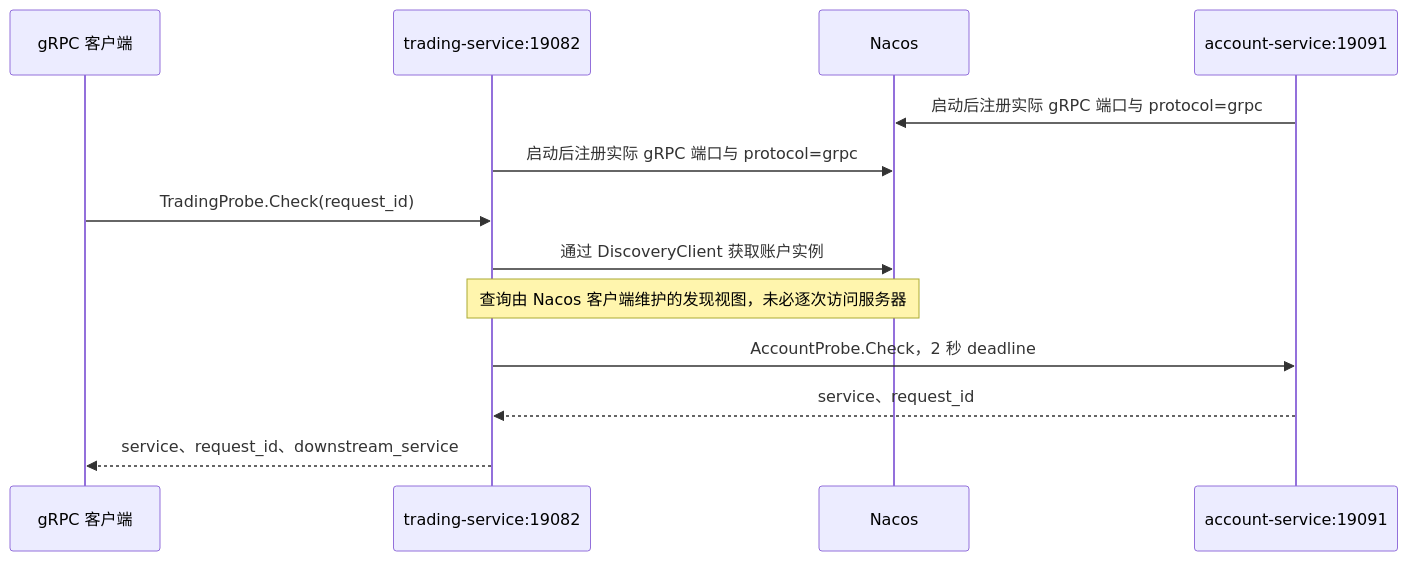
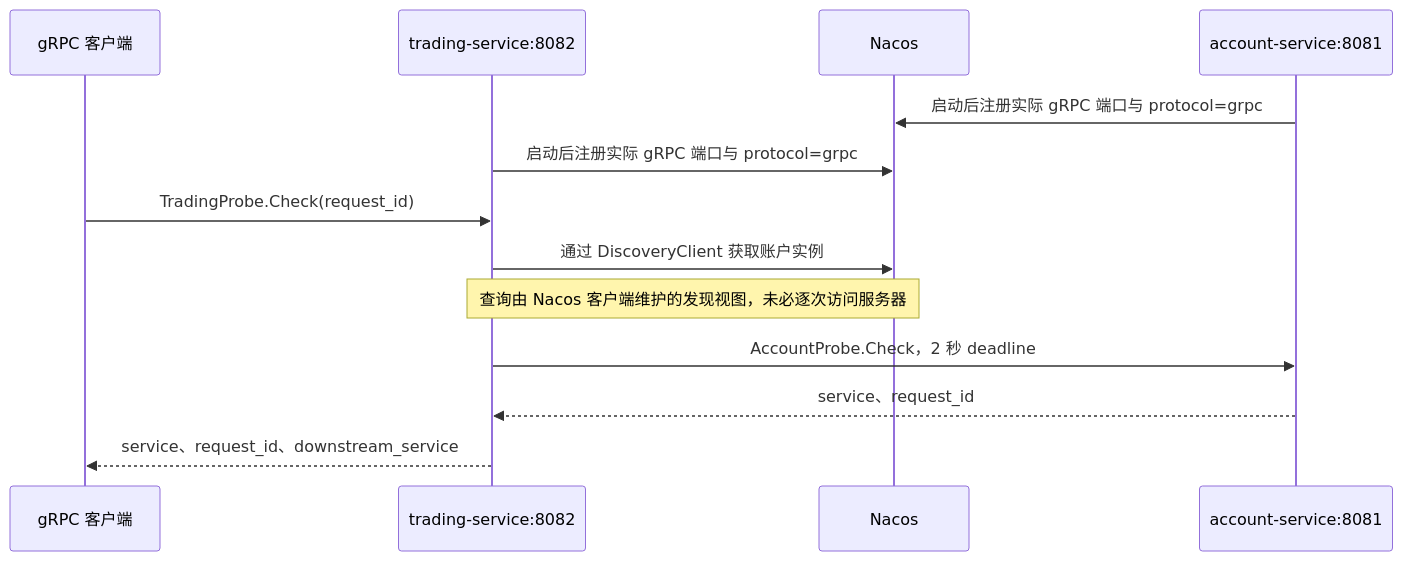
Before and after one commit to MARETU01/ledger-core: the diagram in docs/architecture.md, drawn with Mermaid. The commit also changed other lines of this file and 5 other files, not shown here.

````diff
--- a/docs/architecture.md
+++ b/docs/architecture.md
@@ -19,15 +21,15 @@
 ```mermaid
 sequenceDiagram
     participant C as gRPC 客户端
-    participant T as trading-service:19082
+    participant T as trading-service:8082
     participant N as Nacos
-    participant A as account-service:19091
+    participant A as account-service:8081
     A->>N: 启动后注册实际 gRPC 端口与 protocol=grpc
     T->>N: 启动后注册实际 gRPC 端口与 protocol=grpc
     C->>T: TradingProbe.Check(request_id)
     T->>N: 通过 DiscoveryClient 获取账户实例
     Note over T,N: 查询由 Nacos 客户端维护的发现视图，未必逐次访问服务器
     T->>A: AccountProbe.Check，2 秒 deadline
     A-->>T: service、request_id
     T-->>C: service、request_id、downstream_service
 ```
````
